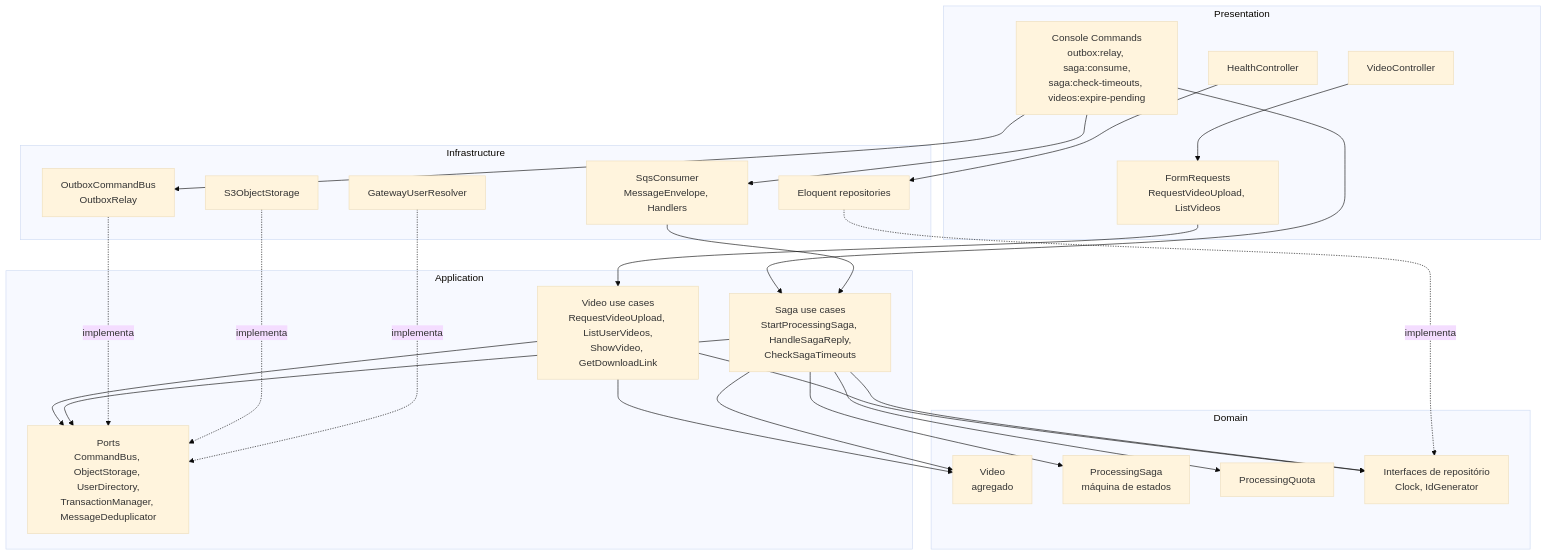
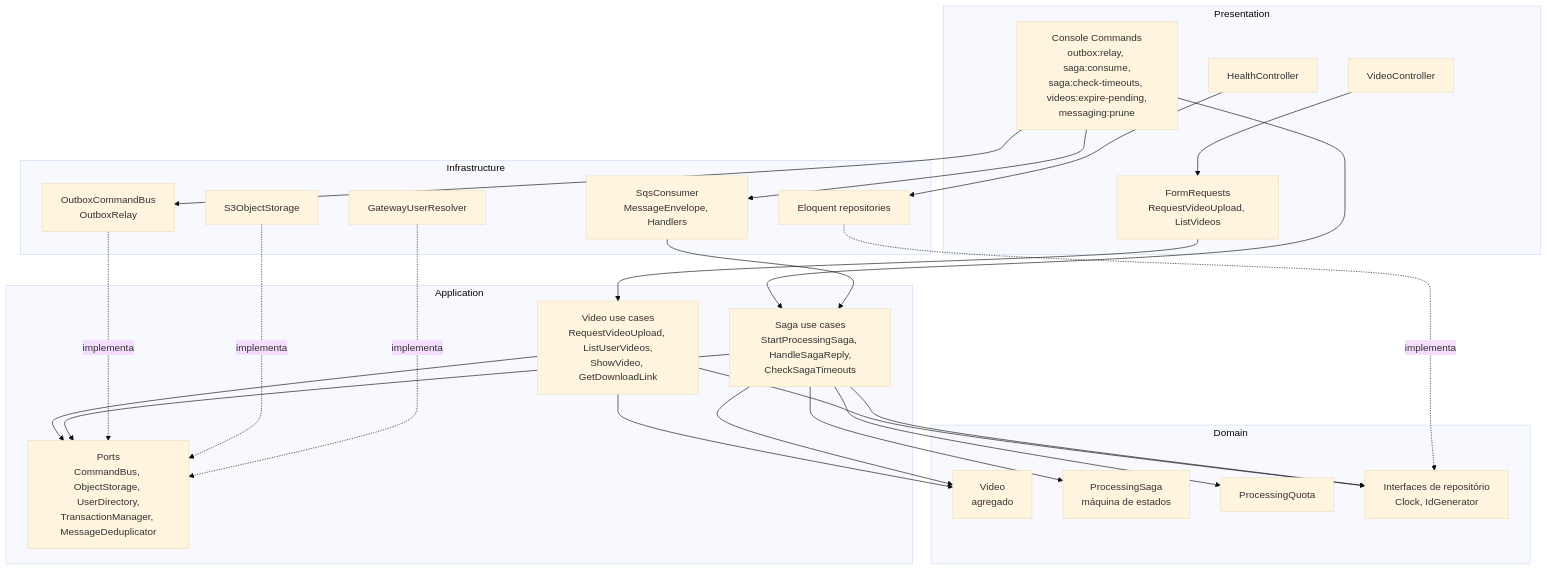
One commit to hackathon-fiap-soat/fiapx-docs changed the diagram in 03-arquitetura/c4-componentes-video-api.md. Above: the diagram before and after it, drawn with Mermaid (base theme). The commit also changed other lines of this file and 9 other files, not shown here.

````diff
--- a/03-arquitetura/c4-componentes-video-api.md
+++ b/03-arquitetura/c4-componentes-video-api.md
@@ -7,45 +7,45 @@
 ```mermaid
 flowchart TB
   subgraph Presentation
     VC["VideoController"]
     HC["HealthController"]
     REQ["FormRequests<br/>RequestVideoUpload, ListVideos"]
-    CMD["Console Commands<br/>outbox:relay, saga:consume,<br/>saga:check-timeouts, videos:expire-pending"]
+    CMD["Console Commands<br/>outbox:relay, saga:consume,<br/>saga:check-timeouts, videos:expire-pending,<br/>messaging:prune"]
   end
 
   subgraph Application
     UC_V["Video use cases<br/>RequestVideoUpload, ListUserVideos,<br/>ShowVideo, GetDownloadLink"]
     UC_S["Saga use cases<br/>StartProcessingSaga, HandleSagaReply,<br/>CheckSagaTimeouts"]
     PORTS["Ports<br/>CommandBus, ObjectStorage, UserDirectory,<br/>TransactionManager, MessageDeduplicator"]
   end
 
   subgraph Domain
     VID["Video<br/>agregado"]
     SAGA["ProcessingSaga<br/>máquina de estados"]
     QUOTA["ProcessingQuota"]
     REPO_I["Interfaces de repositório<br/>Clock, IdGenerator"]
   end
 
   subgraph Infrastructure
     ELO["Eloquent repositories"]
     OUTBOX["OutboxCommandBus<br/>OutboxRelay"]
     SQS["SqsConsumer<br/>MessageEnvelope, Handlers"]
     S3S["S3ObjectStorage"]
     GUR["GatewayUserResolver"]
   end
 
   VC --> REQ --> UC_V
   HC --> ELO
   CMD --> UC_S
   CMD --> OUTBOX
   CMD --> SQS
   UC_V --> VID
   UC_S --> SAGA & QUOTA & VID
   UC_V & UC_S --> PORTS
   UC_V & UC_S --> REPO_I
   ELO -. implementa .-> REPO_I
   OUTBOX -. implementa .-> PORTS
   S3S -. implementa .-> PORTS
   GUR -. implementa .-> PORTS
   SQS --> UC_S
 ```
````
